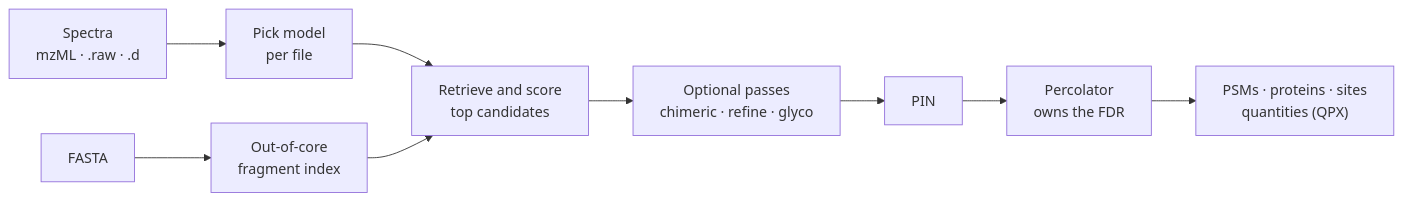
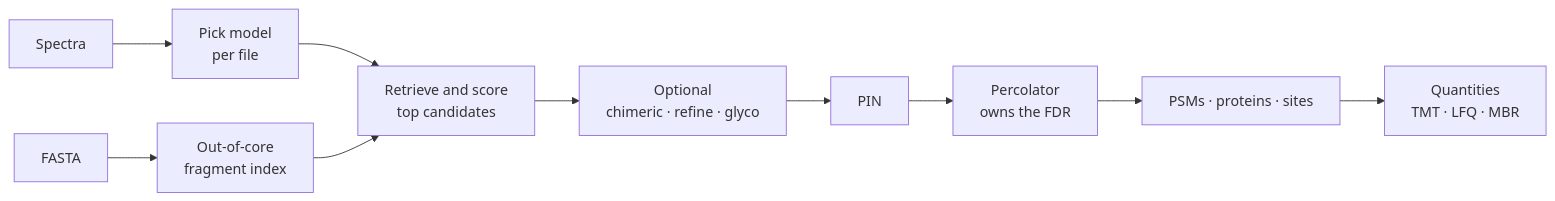
The diagram in website/pages/index.md (bigbio/andes), drawn with Mermaid before and after one commit. The commit also changed other lines of this file and 4 other files, not shown here.

Commit message:
docs site: command-first home page; quantification figure shows every leaderboard submission

````diff
--- a/website/pages/index.md
+++ b/website/pages/index.md
@@ -53,10 +109,11 @@
 ```mermaid
 flowchart LR
-    S["Spectra<br/>mzML · .raw · .d"] --> M["Pick model<br/>per file"]
+    S["Spectra"] --> M["Pick model<br/>per file"]
     F["FASTA"] --> I["Out-of-core<br/>fragment index"]
     M --> R["Retrieve and score<br/>top candidates"]
     I --> R
-    R --> C["Optional passes<br/>chimeric · refine · glyco"]
+    R --> C["Optional<br/>chimeric · refine · glyco"]
     C --> P["PIN"] --> PC["Percolator<br/>owns the FDR"]
-    PC --> O["PSMs · proteins · sites<br/>quantities (QPX)"]
+    PC --> O["PSMs · proteins · sites"]
+    O --> Q["Quantities<br/>TMT · LFQ · MBR"]
 ```
````
